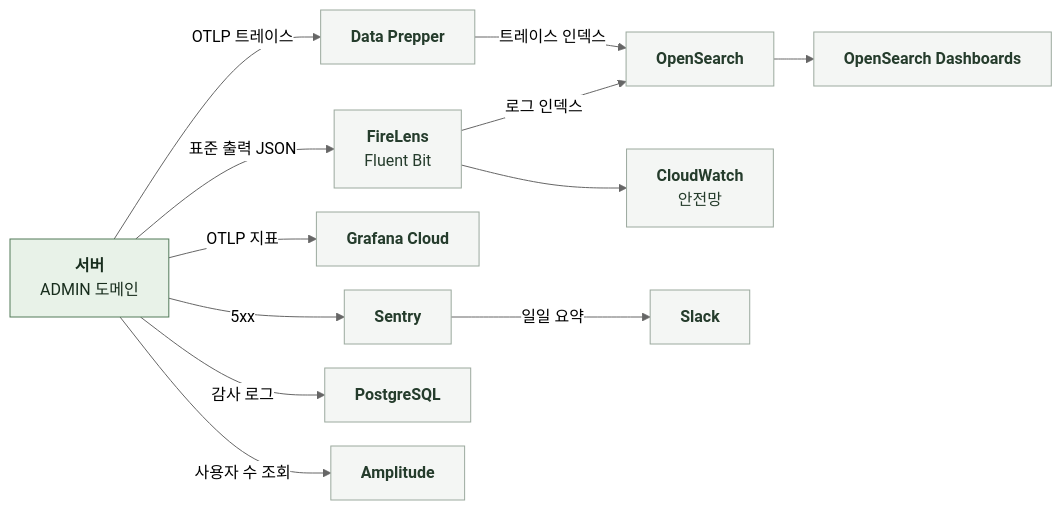
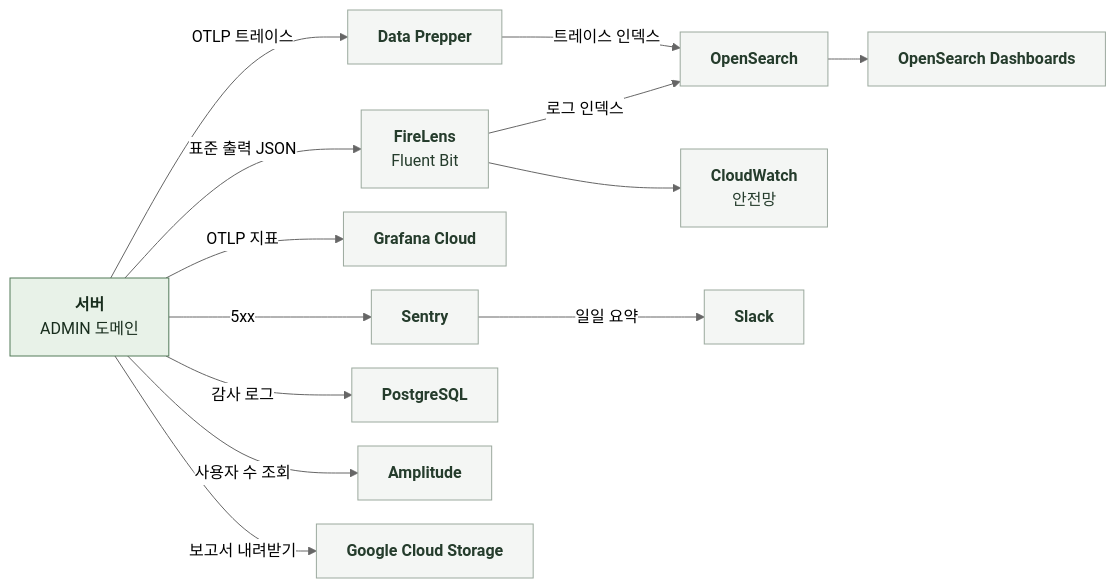
The diagram in docs/domain/ADMIN/BACKEND/5-4-OBSERVABILITY.md (KIM-N-KANG/knk-harness), drawn with Mermaid (neutral theme) before and after one commit. The commit also changed other lines of this file and 11 other files, not shown here.

````diff
--- a/docs/domain/ADMIN/BACKEND/5-4-OBSERVABILITY.md
+++ b/docs/domain/ADMIN/BACKEND/5-4-OBSERVABILITY.md
@@ -11,23 +11,24 @@
 ```mermaid
 %%{init: {"flowchart": {"curve": "basis", "nodeSpacing": 24, "rankSpacing": 40}}}%%
 flowchart LR
     S["`**서버**
 ADMIN 도메인`"]
     S -->|표준 출력 JSON| F["`**FireLens**
 Fluent Bit`"]
     F -->|로그 인덱스| OS["`**OpenSearch**`"]
     F --> CW["`**CloudWatch**
 안전망`"]
     S -->|OTLP 트레이스| DP["`**Data Prepper**`"]
     DP -->|트레이스 인덱스| OS
     OS --> OD["`**OpenSearch Dashboards**`"]
     S -->|OTLP 지표| G["`**Grafana Cloud**`"]
     S -->|5xx| SE["`**Sentry**`"]
     SE -->|일일 요약| SL["`**Slack**`"]
     S -->|감사 로그| DB["`**PostgreSQL**`"]
     S -->|사용자 수 조회| AM["`**Amplitude**`"]
+    S -->|보고서 내려받기| GCS["`**Google Cloud Storage**`"]
     classDef comp fill:#E8F2E8,stroke:#527A59,color:#182D1D
     classDef ext fill:#F4F6F4,stroke:#9BA99E,color:#253C2C
     class S comp
-    class F,OS,CW,DP,OD,G,SE,SL,DB,AM ext
+    class F,OS,CW,DP,OD,G,SE,SL,DB,AM,GCS ext
 ```
````
